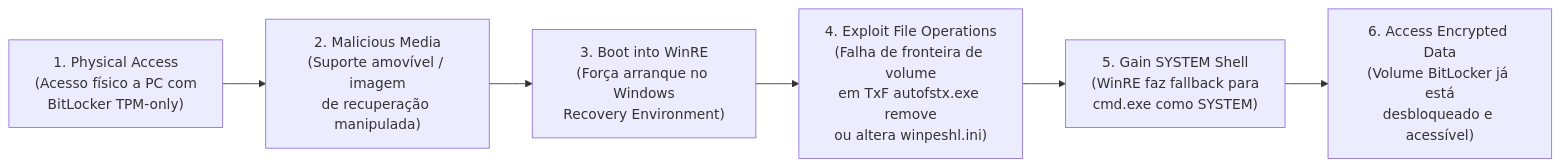
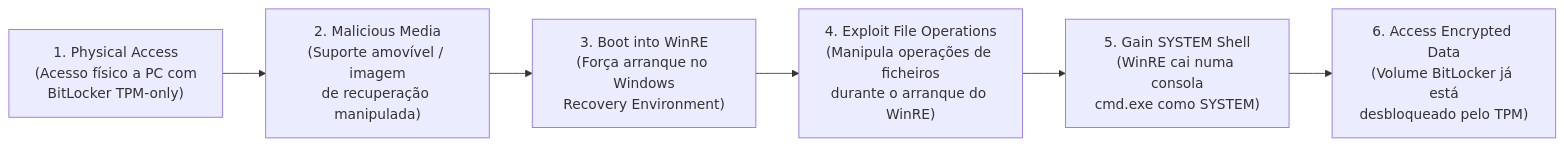
The diagram in ASSI/Capítulo 02 - Administração de Sistemas/03 - Hardening, CVE e Fugas/System e OS Hardening e Vulnerabilidade BitLocker YellowKey (CVE-2026-45585).md (IanR0sal3s/MCIF-Vault), drawn with Mermaid before and after one commit. The commit also changed other lines of this file and 4 other files, not shown here.

````diff
--- a/ASSI/Capítulo 02 - Administração de Sistemas/03 - Hardening, CVE e Fugas/System e OS Hardening e Vulnerabilidade BitLocker YellowKey (CVE-2026-45585).md
+++ b/ASSI/Capítulo 02 - Administração de Sistemas/03 - Hardening, CVE e Fugas/System e OS Hardening e Vulnerabilidade BitLocker YellowKey (CVE-2026-45585).md
@@ -88,8 +88,8 @@
 ```mermaid
 flowchart LR
     S1["1. Physical Access<br/>(Acesso físico a PC com<br/>BitLocker TPM-only)"] --> S2["2. Malicious Media<br/>(Suporte amovível / imagem<br/>de recuperação manipulada)"]
     S2 --> S3["3. Boot into WinRE<br/>(Força arranque no Windows<br/>Recovery Environment)"]
-    S3 --> S4["4. Exploit File Operations<br/>(Falha de fronteira de volume<br/>em TxF autofstx.exe remove<br/>ou altera winpeshl.ini)"]
-    S4 --> S5["5. Gain SYSTEM Shell<br/>(WinRE faz fallback para<br/>cmd.exe como SYSTEM)"]
-    S5 --> S6["6. Access Encrypted Data<br/>(Volume BitLocker já está<br/>desbloqueado e acessível)"]
+    S3 --> S4["4. Exploit File Operations<br/>(Manipula operações de ficheiros<br/>durante o arranque do WinRE)"]
+    S4 --> S5["5. Gain SYSTEM Shell<br/>(WinRE cai numa consola<br/>cmd.exe como SYSTEM)"]
+    S5 --> S6["6. Access Encrypted Data<br/>(Volume BitLocker já está<br/>desbloqueado pelo TPM)"]
 ```
````
